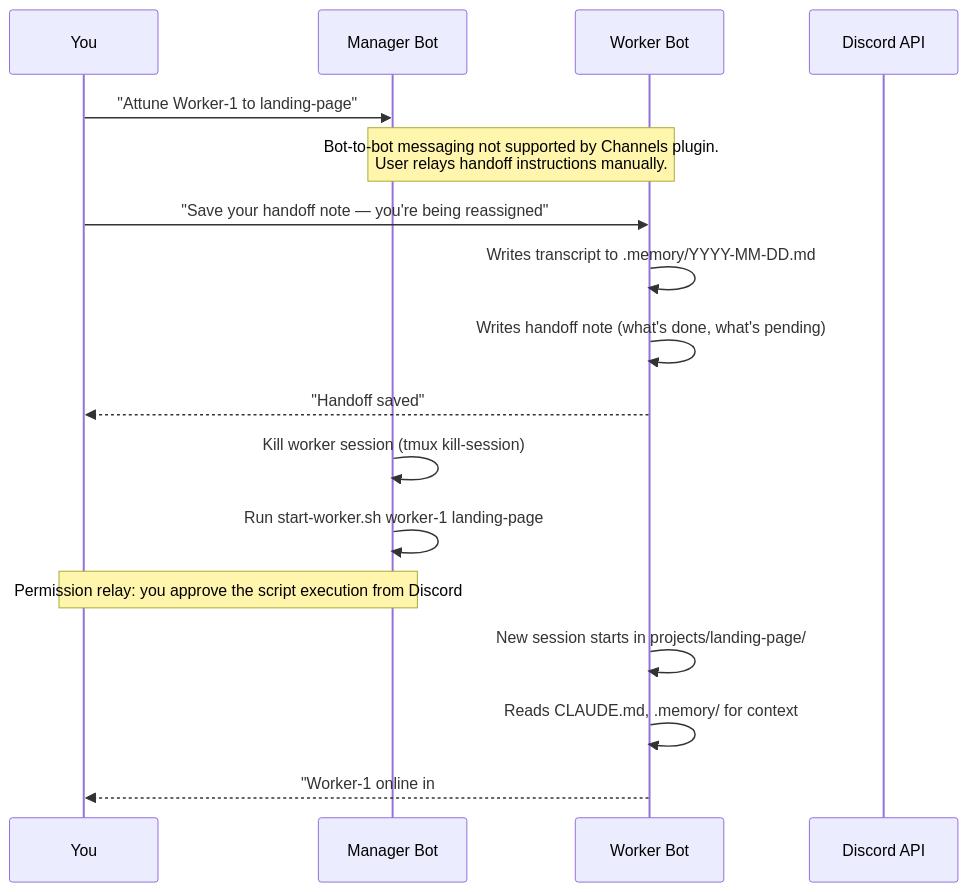
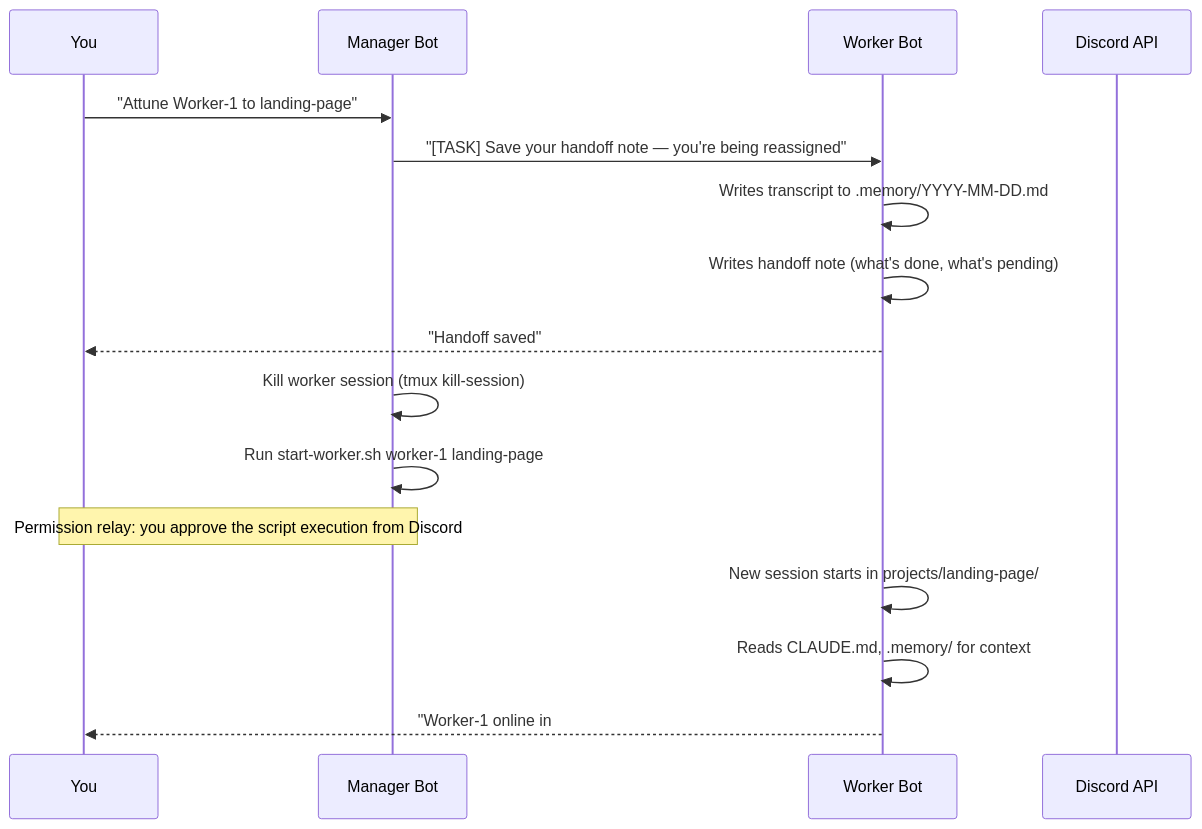
The second of 2 diagrams in docs/ARCHITECTURE.md (pmseltmann/cantrip), drawn with Mermaid before and after one commit. The commit also changed other lines of this file and 13 other files, not shown here.

````diff
--- a/docs/ARCHITECTURE.md
+++ b/docs/ARCHITECTURE.md
@@ -71,20 +71,19 @@
 ```mermaid
 sequenceDiagram
     participant You
     participant Mgr as Manager Bot
     participant W as Worker Bot
     participant DC as Discord API
 
     You->>Mgr: "Attune Worker-1 to landing-page"
-    Note over Mgr,W: Bot-to-bot messaging not supported by Channels plugin.<br/>User relays handoff instructions manually.
-    You->>W: "Save your handoff note — you're being reassigned"
+    Mgr->>W: "[TASK] Save your handoff note — you're being reassigned"
     W->>W: Writes transcript to .memory/YYYY-MM-DD.md
     W->>W: Writes handoff note (what's done, what's pending)
     W-->>You: "Handoff saved"
     Mgr->>Mgr: Kill worker session (tmux kill-session)
     Mgr->>Mgr: Run start-worker.sh worker-1 landing-page
     Note over You,Mgr: Permission relay: you approve the script execution from Discord
     W->>W: New session starts in projects/landing-page/
     W->>W: Reads CLAUDE.md, .memory/ for context
     W-->>You: "Worker-1 online in #landing-page. Ready."
 ```
````
